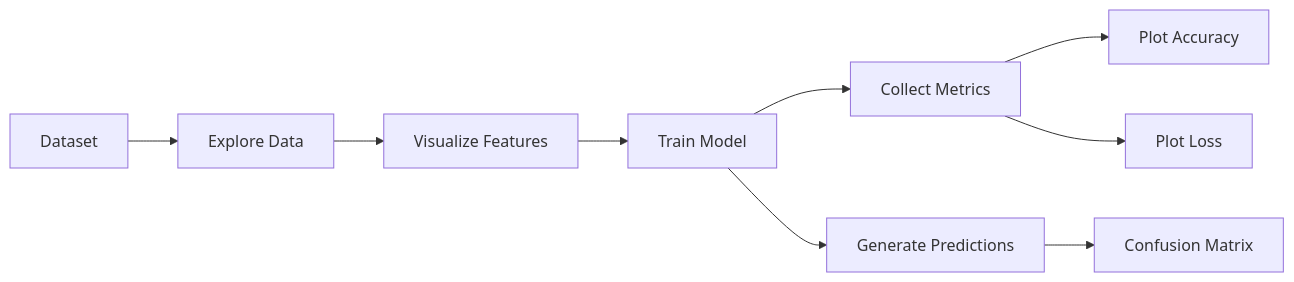
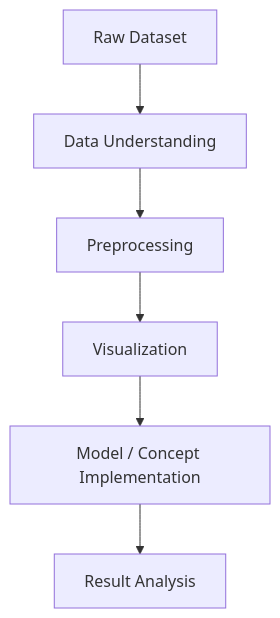
The second of 9 diagrams in README.md (rushirathod22/Deep_Learning_Assignment), drawn with Mermaid before and after one commit. The commit also changed other lines of this file, not shown here.

````diff
--- a/README.md
+++ b/README.md
@@ -103,11 +123,9 @@
 ```mermaid
-flowchart LR
-    A[Dataset] --> B[Explore Data]
-    B --> C[Visualize Features]
-    C --> D[Train Model]
-    D --> E[Collect Metrics]
-    E --> F[Plot Accuracy]
-    E --> G[Plot Loss]
-    D --> H[Generate Predictions]
-    H --> I[Confusion Matrix]
+flowchart TD
+
+A["Raw Dataset"] --> B["Data Understanding"]
+B --> C["Preprocessing"]
+C --> D["Visualization"]
+D --> E["Model / Concept Implementation"]
+E --> F["Result Analysis"]
 ```
````
